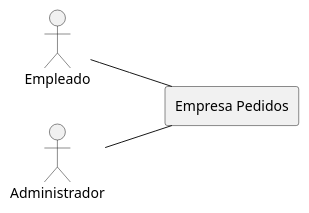
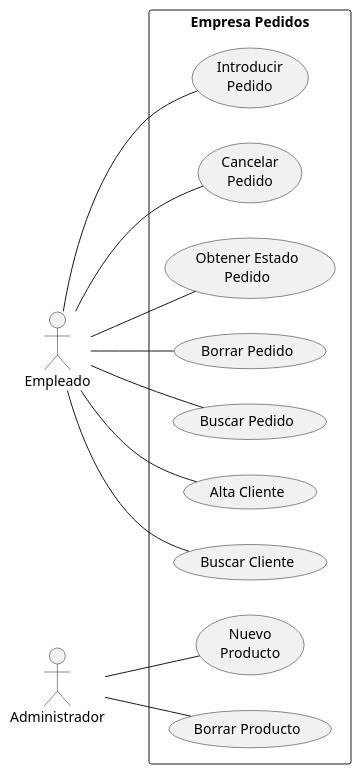
The diagram in src/diagrama de casos de uso.puml (preguntitas/PlanUml2), drawn with PlantUML before and after one commit.

Commit message:
Diagrama 9

```diff
--- a/src/diagrama de casos de uso.puml
+++ b/src/diagrama de casos de uso.puml
@@ -1,10 +1,26 @@
 @startuml
 left to right direction
 :Empleado: as empleado
 :Administrador: as admin
 
-rectangle "Empresa Pedidos" as empresa
-empleado -- empresa
-admin -- empresa
-
+rectangle "Empresa Pedidos" as empresa{
+(Introducir\nPedido) as introducir
+(Cancelar\nPedido) as cancelar
+(Obtener Estado\nPedido) as obtener
+(Borrar Pedido) as borrar
+(Buscar Pedido) as buscarP
+(Alta Cliente) as alta
+(Buscar Cliente) as buscarC
+(Nuevo\nProducto) as nuevo
+(Borrar Producto) as borrarP
+}
+empleado -- introducir
+empleado -- cancelar
+empleado -- obtener
+empleado -- borrar
+empleado -- buscarP
+empleado -- alta
+empleado -- buscarC
+admin -- nuevo
+admin -- borrarP
 @enduml
```
